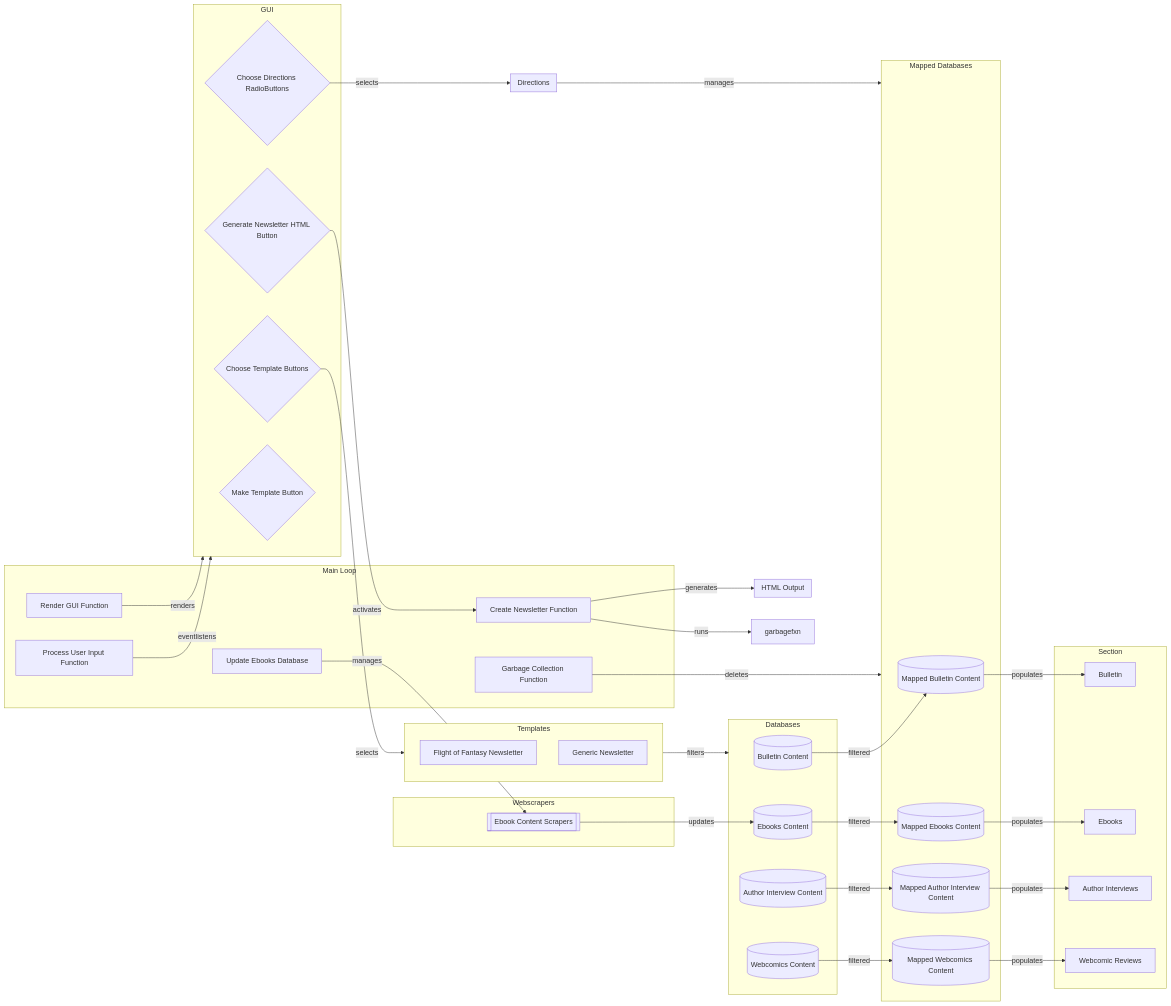
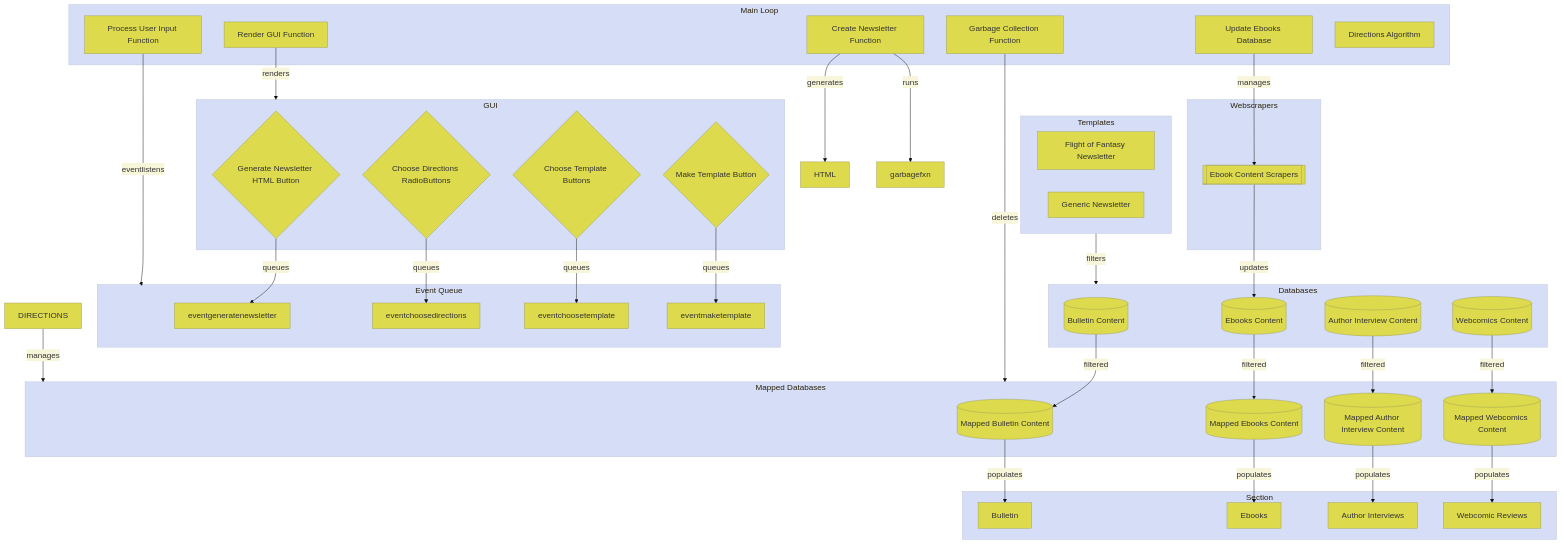
Before and after one commit to jhbardwell/Busy-Bee-Newsletters: the first of 2 diagrams in DESIGNDOC.md, drawn with Mermaid. The commit also changed other lines of this file, not shown here.

````diff
--- a/DESIGNDOC.md
+++ b/DESIGNDOC.md
@@ -30,66 +30,74 @@
 ```mermaid
-flowchart LR
+%%{init: {'theme': 'base', 'themeVariables': 
+{ 'fontSize': '18px', 'fontFamily': 'Inter',
+'primaryColor': '#DDDA4D', 'edgeLabelBackground':'#F7F6DA', 'tertiaryColor': '#D5DEF6'}}}%%
+flowchart TD
   %%relationships
-  buttongeneratenewsletter--activates-->fxngenerate
-  buttonchoosedirections--selects-->DIRECTIONS
-  buttonchoosetemplate--selects-->TEMPLATES
+  buttongeneratenewsletter--queues-->eventgeneratenewsletter
+  buttonchoosedirections--queues-->eventchoosedirections
+  buttonchoosetemplate--queues-->eventchoosetemplate
+  buttonmaketemplate--queues-->eventmaketemplate
   databasebulletins--filtered-->mappedbulletins
   databaseebooks--filtered-->mappedebooks
   databaseauthors--filtered-->mappedauthors
   databasewebcomics--filtered-->mappedwebcomics
+  ebookscraper--updates-->databaseebooks
   fxngarbage--deletes-->MAPDATABASES
   fxngenerate--generates-->HTML
   fxngenerate--runs-->garbagefxn
-  fxnprocessinput--eventlistens-->GUI
+  fxnprocessinput--eventlistens-->EVENTS
   fxnrender--renders-->GUI
-  fxnupdate--manages-->ebookscraper--updates-->databaseebooks
+  fxnupdate--manages-->ebookscraper
   mappedbulletins--populates-->sectionbulletins
   mappedebooks--populates-->sectionebooks
   mappedauthors--populates-->sectionauthors
   mappedwebcomics--populates-->sectionwebcomics
   DIRECTIONS--manages-->MAPDATABASES
   TEMPLATES--filters-->DATABASES
    %% structure
    subgraph MAIN [Main Loop]
+      fxndirections[Directions Algorithm]
       fxnprocessinput[Process User Input Function]
       fxnrender[Render GUI Function]
       fxngenerate[Create Newsletter Function]
       fxngarbage[Garbage Collection Function]
       fxnupdate[Update Ebooks Database]
       end
-   subgraph DIRECTIONS [Directions]
-      end
-   subgraph HTML [HTML Output]
+   subgraph EVENTS [Event Queue]
+      eventchoosedirections
+      eventchoosetemplate
+      eventgeneratenewsletter
+      eventmaketemplate
       end
    subgraph GUI [GUI]
       buttonchoosetemplate{Choose Template Buttons}
       buttonchoosedirections{Choose Directions RadioButtons}
       buttongeneratenewsletter{Generate Newsletter HTML Button}
       buttonmaketemplate{Make Template Button}
       end 
    subgraph DATABASES [Databases]
      databasebulletins[(Bulletin Content)]
      databaseebooks[(Ebooks Content)]
      databaseauthors[(Author Interview Content)]
      databasewebcomics[(Webcomics Content)]
      end
    subgraph MAPDATABASES [Mapped Databases]
      mappedbulletins[(Mapped Bulletin Content)]
      mappedebooks[(Mapped Ebooks Content)]
      mappedauthors[(Mapped Author Interview Content)]
      mappedwebcomics[(Mapped Webcomics Content)]
      end
    subgraph WEBSCRAPERS [Webscrapers]
      ebookscraper[[Ebook Content Scrapers]] 
      end
    subgraph TEMPLATES [Templates]
       fofnewsletter[Flight of Fantasy Newsletter]
       genericnewsletter[Generic Newsletter]
       end
    subgraph SECTION [Section]
       sectionbulletins[Bulletin]
       sectionebooks[Ebooks]
       sectionauthors[Author Interviews]
       sectionwebcomics[Webcomic Reviews]
       end
 ```
````
